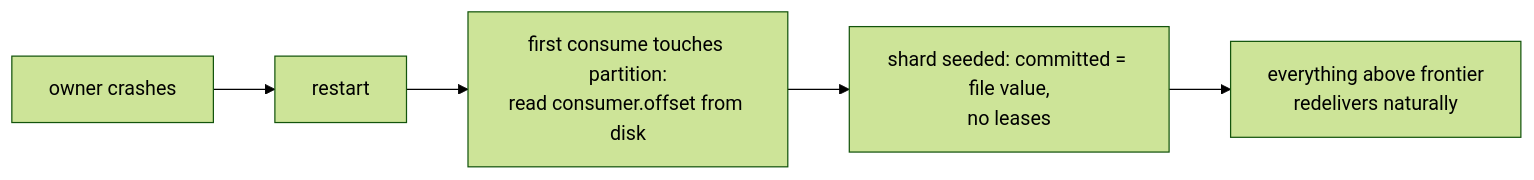
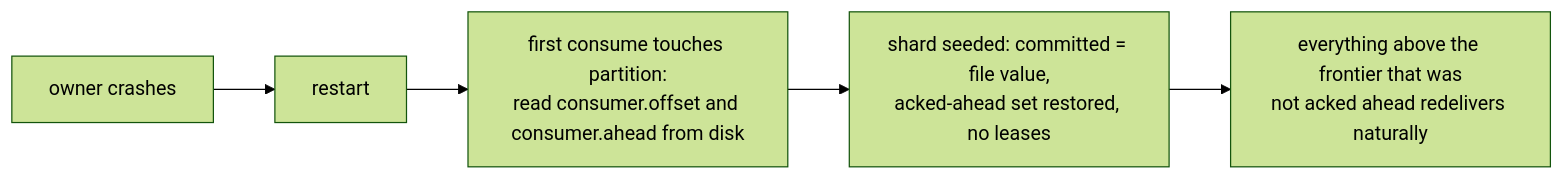
The fourth of 4 diagrams in docs/internals/consume-path.md (DebanganThakuria/narad), drawn with Mermaid (forest theme) before and after one commit. The commit also changed other lines of this file and 33 other files, not shown here.

First line of the commit message:
fix: persist acked-ahead offsets across restarts; probes off the API listener; release-gate fixes for v3.0.0 (#199)

````diff
--- a/docs/internals/consume-path.md
+++ b/docs/internals/consume-path.md
@@ -109,7 +109,7 @@
 ```mermaid
 flowchart LR
     CRASH[owner crashes] --> BOOT[restart]
-    BOOT --> LAZY["first consume touches partition:<br/>read consumer.offset from disk"]
-    LAZY --> SEED["shard seeded: committed = file value,<br/>no leases"]
-    SEED --> REDELIVER["everything above frontier<br/>redelivers naturally"]
+    BOOT --> LAZY["first consume touches partition:<br/>read consumer.offset and consumer.ahead from disk"]
+    LAZY --> SEED["shard seeded: committed = file value,<br/>acked-ahead set restored, no leases"]
+    SEED --> REDELIVER["everything above the frontier that was<br/>not acked ahead redelivers naturally"]
 ```
````
